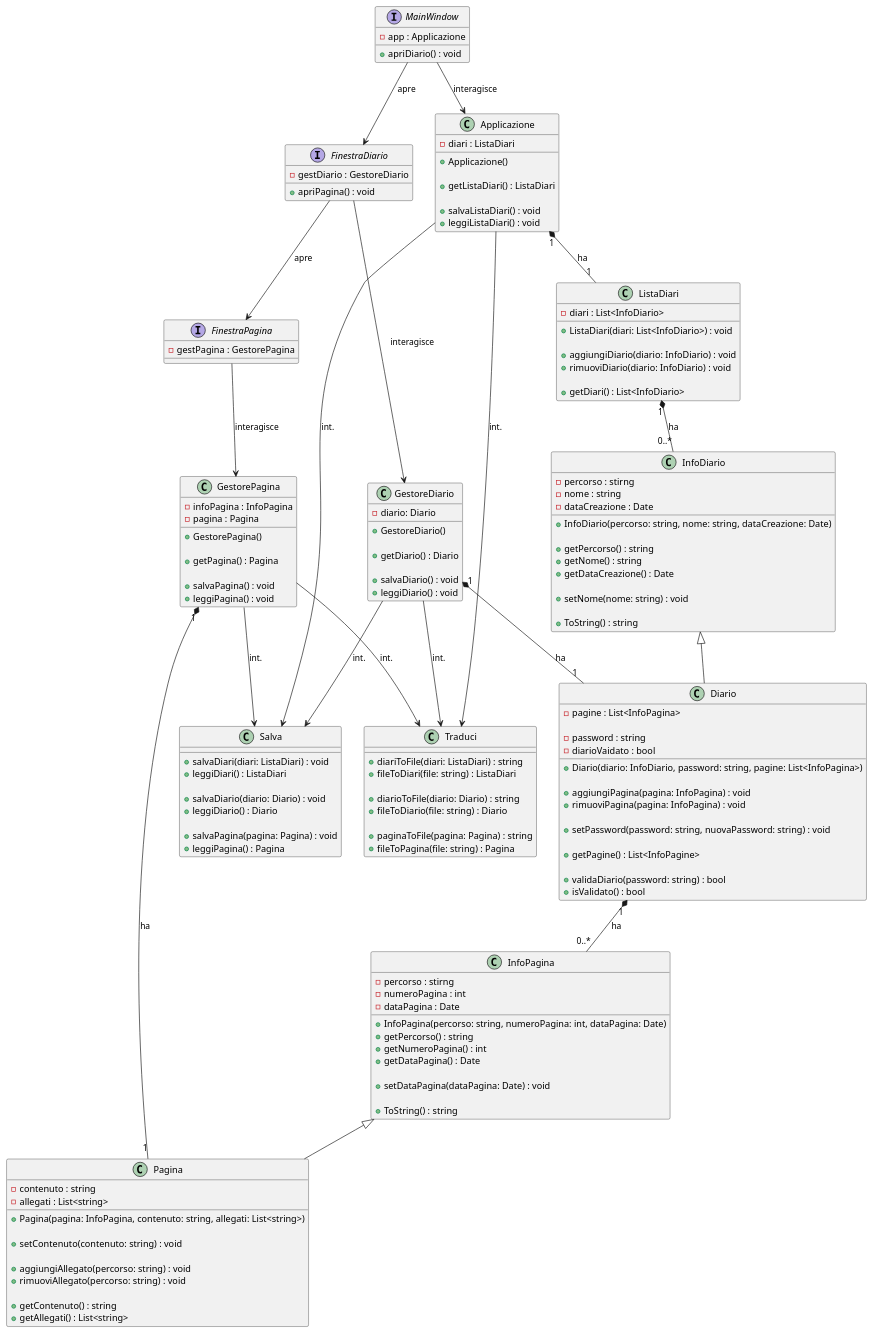
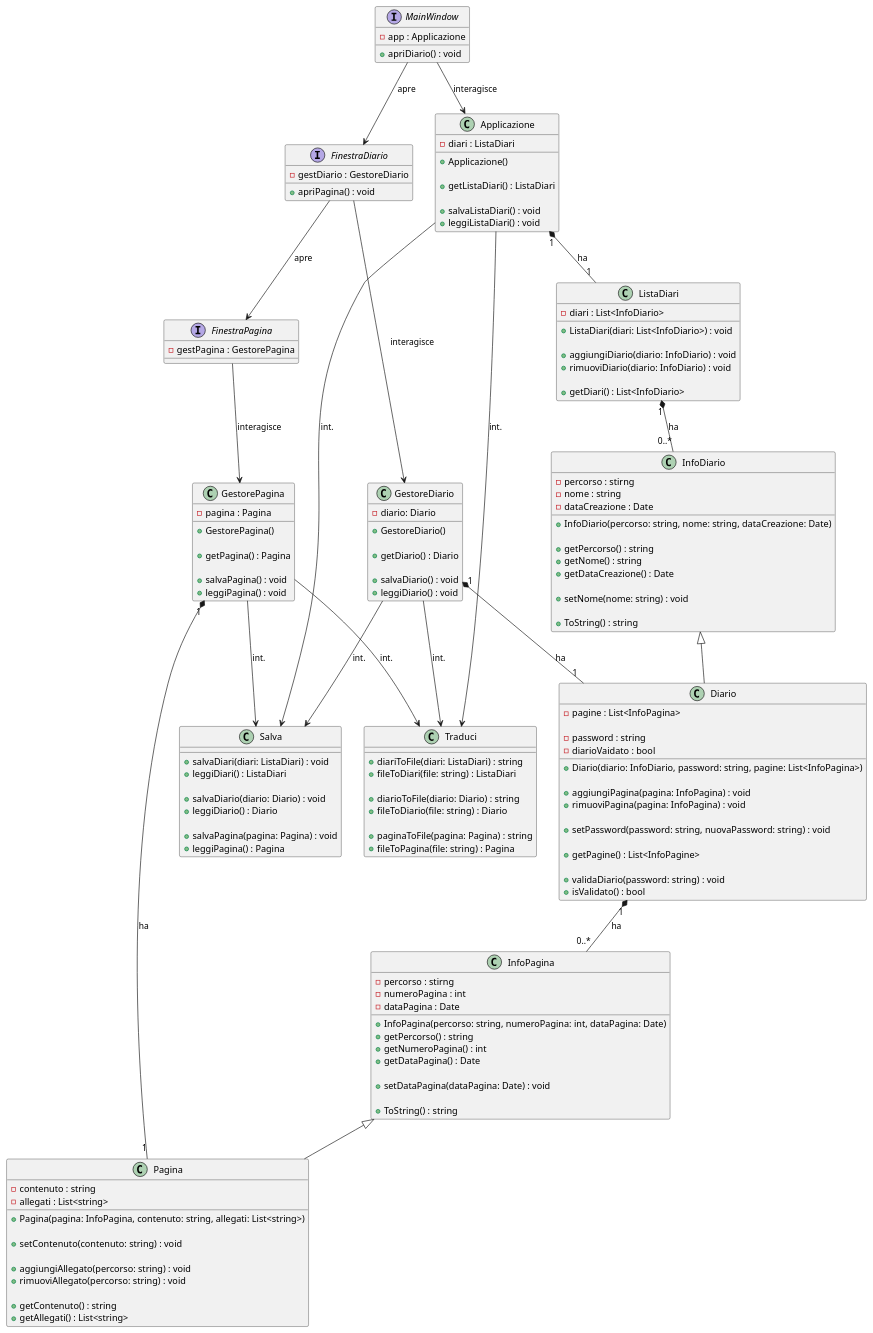
Before and after one commit to Borgo2000/Progetto-diario: the diagram in diagrammi/ClassDiagram.puml, drawn with PlantUML. The commit also changed 1 other file, not shown here.

Commit message:
Modifiche diagramma delle classi

```diff
--- a/diagrammi/ClassDiagram.puml
+++ b/diagrammi/ClassDiagram.puml
@@ -1,193 +1,197 @@
 @startuml
 
 'Interfacce utente
 interface MainWindow{
     -app : Applicazione
 
     +apriDiario() : void
 }
 
 interface FinestraDiario{
     -gestDiario : GestoreDiario
 
     +apriPagina() : void
 }
 
 interface FinestraPagina{
     -gestPagina : GestorePagina
 }
 
-'Classi base
+'Classi di gestione dati x interfacce
 class Applicazione{
     -diari : ListaDiari
 
-    'Inizializza la lista diari
+    'Inizializza la lista diari tramite classe Salva
     +Applicazione()
 
+    'Permette a MainWindow di interfacciarsi con ListaDiari
     +getListaDiari() : ListaDiari
 
+    'Metodi per salvataggio su disco
     +salvaListaDiari() : void
     +leggiListaDiari() : void
 }
 
 class GestoreDiario{
     -diario: Diario
 
     'Inizializza il diario
     +GestoreDiario()
 
+    'Permette a FinestraDiario di interfacciarsi con Diario
     +getDiario() : Diario
 
+    'Metodi per salvataggio su disco
     +salvaDiario() : void
     +leggiDiario() : void
 }
 
 class GestorePagina{
-    -infoPagina : InfoPagina
     -pagina : Pagina
 
     'Inizializza la pagina
     +GestorePagina()
 
+    'Permette a FinestraDiario di interfacciarsi con Diario
     +getPagina() : Pagina
 
-    'salva la pagina e aggiorna infoPagina
+    'Metodi per salvataggio su disco
     +salvaPagina() : void
     +leggiPagina() : void
 }
 
 'Strutture dati
 class ListaDiari{
     -diari : List<InfoDiario>
 
     +ListaDiari(diari: List<InfoDiario>) : void
 
     +aggiungiDiario(diario: InfoDiario) : void
     +rimuoviDiario(diario: InfoDiario) : void
 
     +getDiari() : List<InfoDiario>
 }
 
 class InfoDiario{
     -percorso : stirng
     -nome : string
     -dataCreazione : Date
 
     +InfoDiario(percorso: string, nome: string, dataCreazione: Date)
 
     +getPercorso() : string
     +getNome() : string
     +getDataCreazione() : Date
 
     +setNome(nome: string) : void
 
     +ToString() : string
 }
 
 class Diario extends InfoDiario{
     -pagine : List<InfoPagina>
     
     -password : string
     -diarioVaidato : bool
 
     +Diario(diario: InfoDiario, password: string, pagine: List<InfoPagina>)
 
     'setter
     +aggiungiPagina(pagina: InfoPagina) : void
     +rimuoviPagina(pagina: InfoPagina) : void
 
     +setPassword(password: string, nuovaPassword: string) : void
 
     'getter
     +getPagine() : List<InfoPagine>
 
     'sicurezza
-    +validaDiario(password: string) : bool
+    +validaDiario(password: string) : void
     +isValidato() : bool
 }
 
 class InfoPagina{
     -percorso : stirng
     -numeroPagina : int
     -dataPagina : Date
 
     +InfoPagina(percorso: string, numeroPagina: int, dataPagina: Date)
     +getPercorso() : string
     +getNumeroPagina() : int
     +getDataPagina() : Date
 
     +setDataPagina(dataPagina: Date) : void
 
     +ToString() : string
 }
 
 class Pagina extends InfoPagina{
     -contenuto : string
     -allegati : List<string>
 
     +Pagina(pagina: InfoPagina, contenuto: string, allegati: List<string>)
 
     'setter
     +setContenuto(contenuto: string) : void
     
     +aggiungiAllegato(percorso: string) : void
     +rimuoviAllegato(percorso: string) : void
 
     'getter
     +getContenuto() : string
     +getAllegati() : List<string>
 }
 
 'Traduttori e salvataggio dati
 class Traduci{
     +diariToFile(diari: ListaDiari) : string
     +fileToDiari(file: string) : ListaDiari
 
     +diarioToFile(diario: Diario) : string
     +fileToDiario(file: string) : Diario
 
     +paginaToFile(pagina: Pagina) : string
     +fileToPagina(file: string) : Pagina
 }
 
 class Salva{
     +salvaDiari(diari: ListaDiari) : void
     +leggiDiari() : ListaDiari
 
     +salvaDiario(diario: Diario) : void
     +leggiDiario() : Diario
 
     +salvaPagina(pagina: Pagina) : void
     +leggiPagina() : Pagina
 }
 
 'Interazioni tra interfacce
 MainWindow --> FinestraDiario : apre
 FinestraDiario --> FinestraPagina : apre
 
 'Interazioni con interfacce
 MainWindow --> Applicazione : interagisce
 FinestraDiario --> GestoreDiario : interagisce
 FinestraPagina --> GestorePagina : interagisce
 
-'Relazioni
+'Relazioni finestre-gestori
 Applicazione "1" *-- "1" ListaDiari : ha
 GestoreDiario "1" *-- "1" Diario : ha
 GestorePagina "1" *-- "1" Pagina : ha
 
-'Relazioni traduzione
+'Relazioni gestori-traduzione
 Applicazione --> Traduci : int.
 GestoreDiario --> Traduci : int.
 GestorePagina --> Traduci : int.
 
-'Relazioni traduzione
+'Relazioni gestori-salvataggio
 Applicazione --> Salva : int.
 GestoreDiario --> Salva : int.
 GestorePagina --> Salva : int.
 
 
 'Relazioni strutture dati
 ListaDiari "1" *-- "0..*" InfoDiario : ha
 Diario "1" *-- "0..*" InfoPagina : ha
 
 @enduml
```
